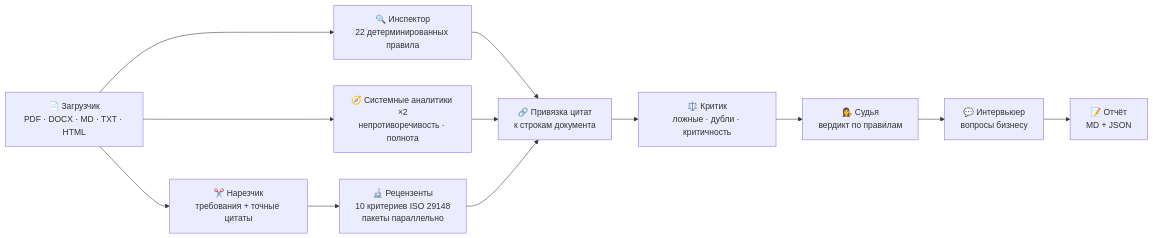
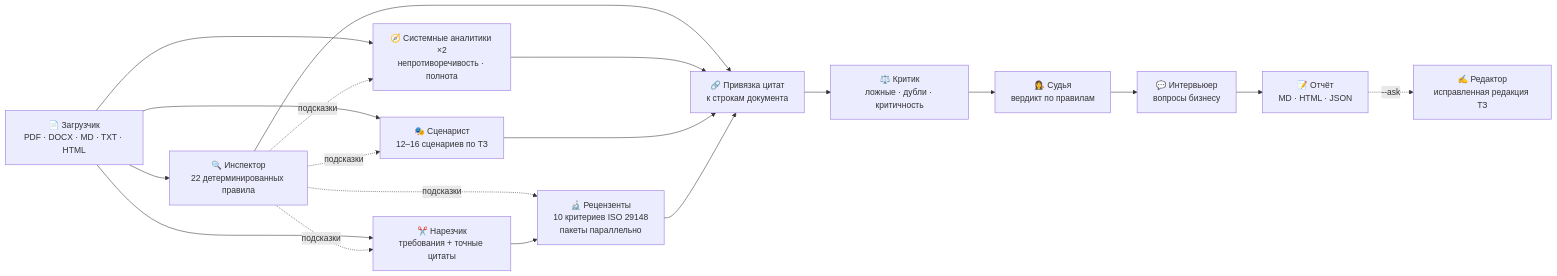
The diagram in README.md (khusrav11/solohive), drawn with Mermaid before and after one commit. The commit also changed other lines of this file, not shown here.

Commit message:
README: сценарист, HTML-отчёт, режим уточнения

````diff
--- a/README.md
+++ b/README.md
@@ -70,14 +85,18 @@
 ```mermaid
 flowchart LR
     A["📄 Загрузчик<br/>PDF · DOCX · MD · TXT · HTML"] --> B["🔍 Инспектор<br/>22 детерминированных правила"]
     A --> C["✂️ Нарезчик<br/>требования + точные цитаты"]
     A --> D["🧭 Системные аналитики ×2<br/>непротиворечивость · полнота"]
+    A --> S["🎭 Сценарист<br/>12–16 сценариев по ТЗ"]
+    B -. подсказки .-> C & D & S & E
     C --> E["🔬 Рецензенты<br/>10 критериев ISO 29148<br/>пакеты параллельно"]
     B --> F["🔗 Привязка цитат<br/>к строкам документа"]
     D --> F
+    S --> F
     E --> F
     F --> G["⚖️ Критик<br/>ложные · дубли · критичность"]
     G --> H["👩‍⚖️ Судья<br/>вердикт по правилам"]
     H --> I["💬 Интервьюер<br/>вопросы бизнесу"]
-    I --> J["📝 Отчёт<br/>MD + JSON"]
+    I --> J["📝 Отчёт<br/>MD · HTML · JSON"]
+    J -. "--ask" .-> K["✍️ Редактор<br/>исправленная редакция ТЗ"]
 ```
````
